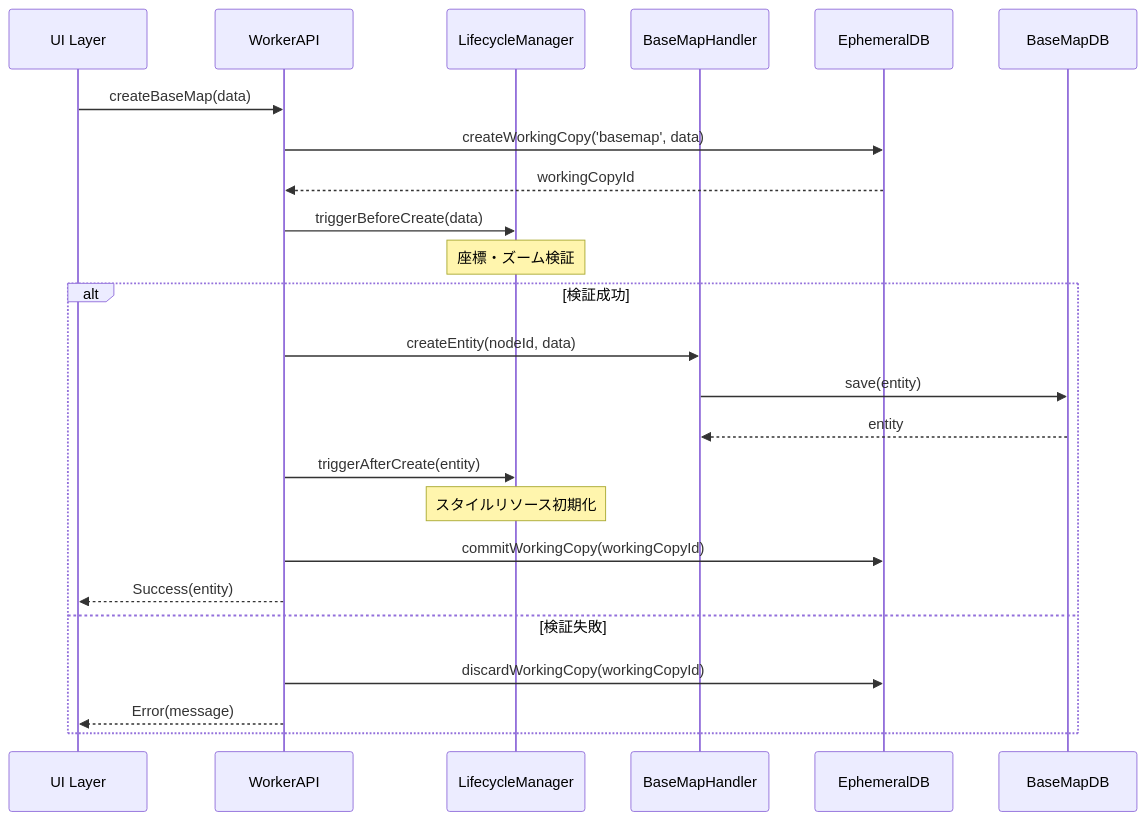
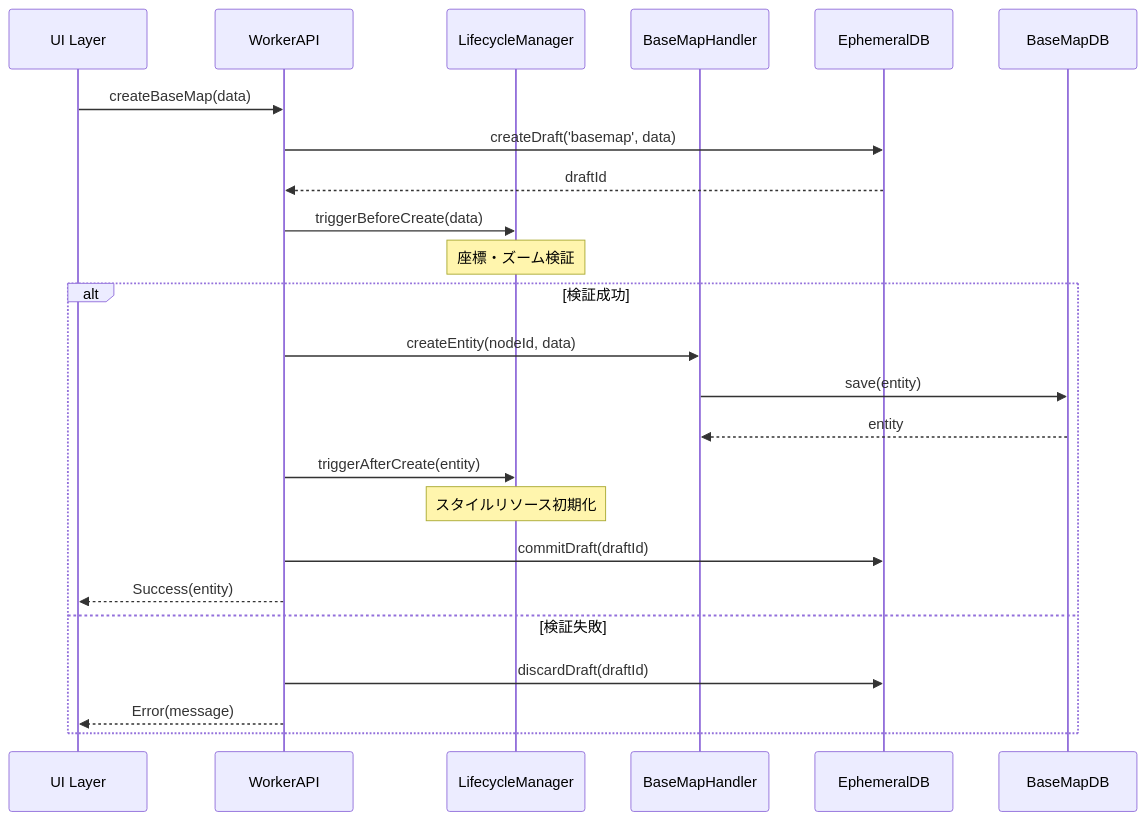
The diagram in docs/deprecated/10-1-plugin-basemap.md (kubohiroya/hierarchidb), drawn with Mermaid before and after one commit. The commit also changed other lines of this file and 796 other files, not shown here.

````diff
--- a/docs/deprecated/10-1-plugin-basemap.md
+++ b/docs/deprecated/10-1-plugin-basemap.md
@@ -66,31 +66,31 @@
 ```mermaid
 sequenceDiagram
     participant UI as UI Layer
     participant WA as WorkerAPI
     participant LM as LifecycleManager
     participant BM as BaseMapHandler
     participant EDB as EphemeralDB
     participant PDB as BaseMapDB
 
     UI->>WA: createBaseMap(data)
-    WA->>EDB: createWorkingCopy('basemap', data)
-    EDB-->>WA: workingCopyId
+    WA->>EDB: createDraft('basemap', data)
+    EDB-->>WA: draftId
     
     WA->>LM: triggerBeforeCreate(data)
     Note over LM: 座標・ズーム検証
     
     alt 検証成功
         WA->>BM: createEntity(nodeId, data)
         BM->>PDB: save(entity)
         PDB-->>BM: entity
         
         WA->>LM: triggerAfterCreate(entity)
         Note over LM: スタイルリソース初期化
         
-        WA->>EDB: commitWorkingCopy(workingCopyId)
+        WA->>EDB: commitDraft(draftId)
         WA-->>UI: Success(entity)
     else 検証失敗
-        WA->>EDB: discardWorkingCopy(workingCopyId)
+        WA->>EDB: discardDraft(draftId)
         WA-->>UI: Error(message)
     end
 ```
````
